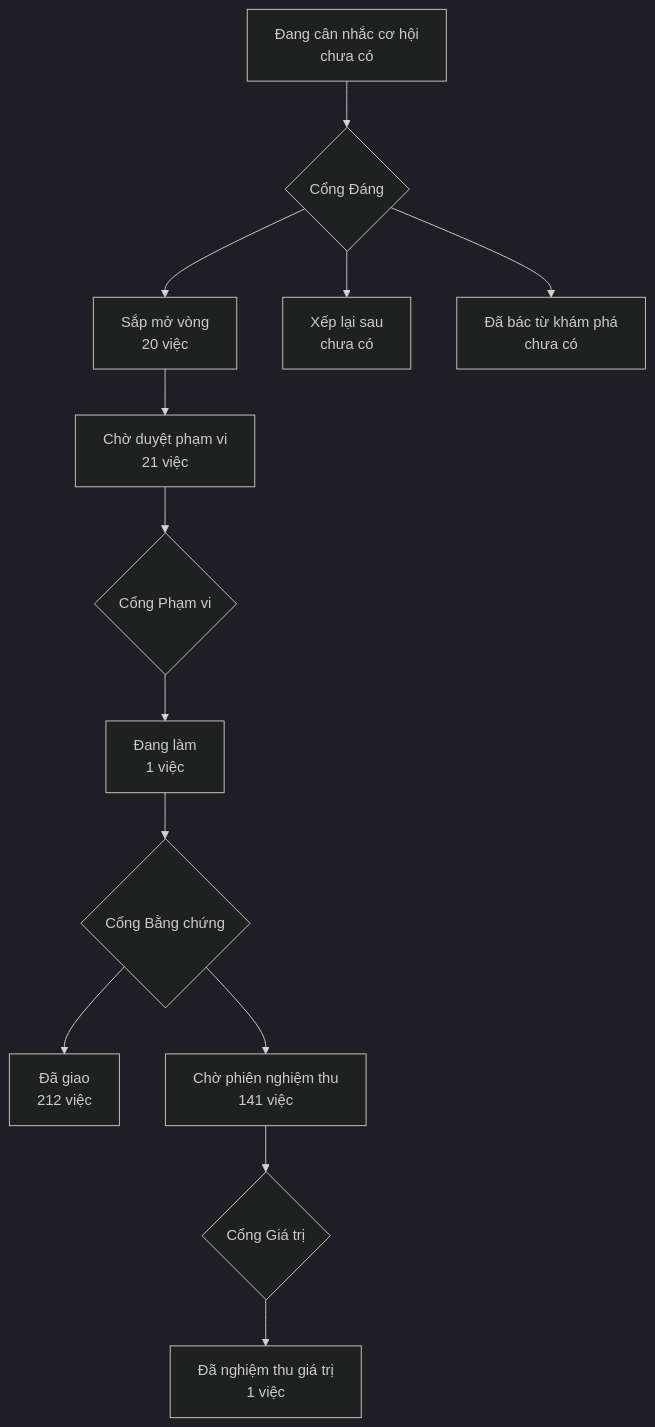
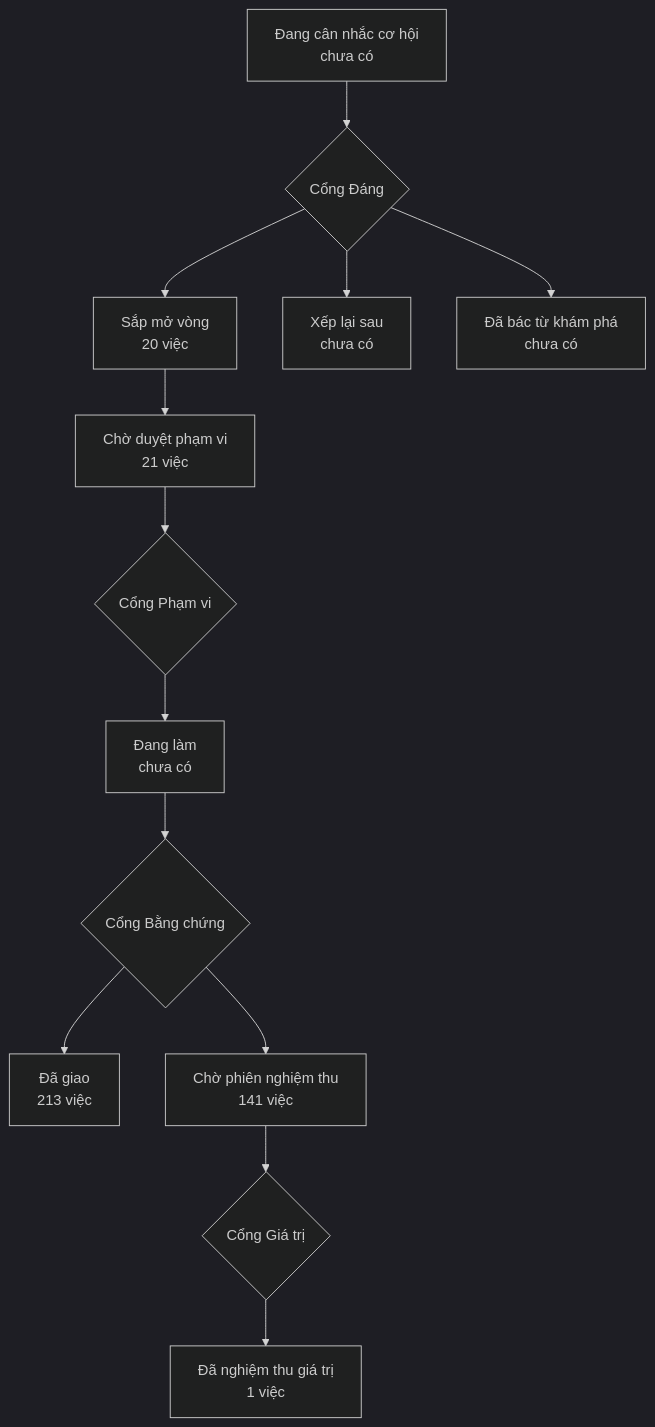
One commit to phanlemanh/onehub-invest changed the diagram in PRODUCT-MAP.md. Above: the diagram before and after it, drawn with Mermaid (dark theme). The commit also changed other lines of this file and 7 other files, not shown here.

Commit message:
docs(acceptance): bằng chứng S4-r2 PASS, máy thông gop-nut-trung-ma-can-s16 (DA53)

````diff
--- a/PRODUCT-MAP.md
+++ b/PRODUCT-MAP.md
@@ -7,12 +7,12 @@
 ```mermaid
 flowchart TD
   A["Đang cân nhắc cơ hội<br/>chưa có"] --> GD{"Cổng Đáng"}
   GD --> B["Sắp mở vòng<br/>20 việc"]
   GD --> XL["Xếp lại sau<br/>chưa có"]
   GD --> DB["Đã bác từ khám phá<br/>chưa có"]
   B --> CD["Chờ duyệt phạm vi<br/>21 việc"] --> GP{"Cổng Phạm vi"}
-  GP --> DL["Đang làm<br/>1 việc"] --> GB{"Cổng Bằng chứng"}
-  GB --> DG["Đã giao<br/>212 việc"]
+  GP --> DL["Đang làm<br/>chưa có"] --> GB{"Cổng Bằng chứng"}
+  GB --> DG["Đã giao<br/>213 việc"]
   GB --> CN["Chờ phiên nghiệm thu<br/>141 việc"] --> GG{"Cổng Giá trị"}
   GG --> NT["Đã nghiệm thu giá trị<br/>1 việc"]
 ```
````
